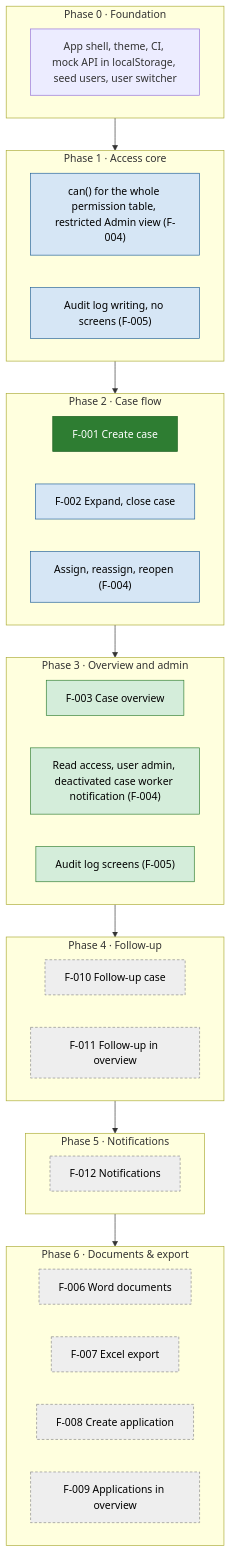
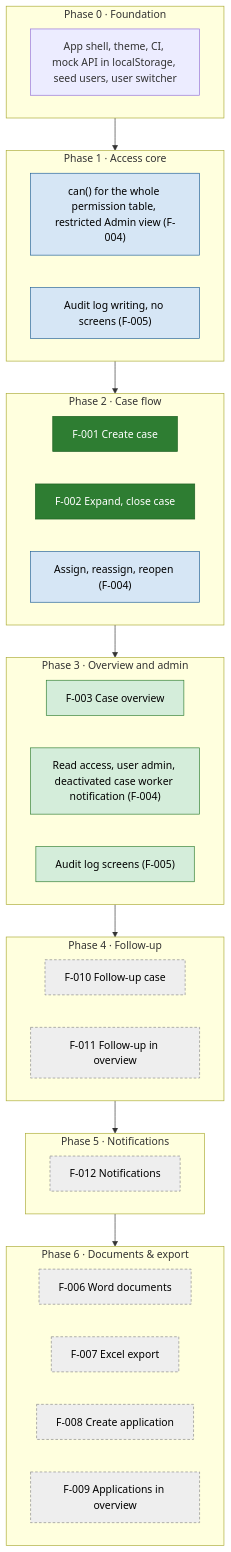
One commit to TLS97/tines-case-management-system changed the first of 2 diagrams in docs/roadmap.md. Above: the diagram before and after it, drawn with Mermaid. The commit also changed other lines of this file and 20 other files, not shown here.

````diff
--- a/docs/roadmap.md
+++ b/docs/roadmap.md
@@ -10,43 +10,43 @@
 ```mermaid
 flowchart TD
   subgraph P0["Phase 0 · Foundation"]
     F0[App shell, theme, CI, mock API in localStorage, seed users, user switcher]
   end
   subgraph P1["Phase 1 · Access core"]
     P1a["can() for the whole permission table, restricted Admin view (F-004)"]
     P1b["Audit log writing, no screens (F-005)"]
   end
   subgraph P2["Phase 2 · Case flow"]
     F001[F-001 Create case]
     F002["F-002 Expand, close case"]
     P2a["Assign, reassign, reopen (F-004)"]
   end
   subgraph P3["Phase 3 · Overview and admin"]
     F003[F-003 Case overview]
     P3a["Read access, user admin, deactivated case worker notification (F-004)"]
     P3b["Audit log screens (F-005)"]
   end
   subgraph P4["Phase 4 · Follow-up"]
     F010[F-010 Follow-up case]
     F011[F-011 Follow-up in overview]
   end
   subgraph P5["Phase 5 · Notifications"]
     F012[F-012 Notifications]
   end
   subgraph P6["Phase 6 · Documents & export"]
     F006[F-006 Word documents]
     F007[F-007 Excel export]
     F008[F-008 Create application]
     F009[F-009 Applications in overview]
   end
   P0 --> P1 --> P2 --> P3 --> P4 --> P5 --> P6
 
   classDef approved fill:#d4edda,stroke:#2e7d32,color:#000
   classDef draft fill:#eeeeee,stroke:#888,stroke-dasharray:4 3,color:#000
   classDef inprogress fill:#d6e6f5,stroke:#1f5f99,color:#000
   classDef done fill:#2e7d32,stroke:#1b5e20,color:#fff
   class F003,P3a,P3b approved
-  class P1a,P1b,F002,P2a inprogress
-  class F001 done
+  class P1a,P1b,P2a inprogress
+  class F001,F002 done
   class F006,F007,F008,F009,F010,F011,F012 draft
 ```
````
